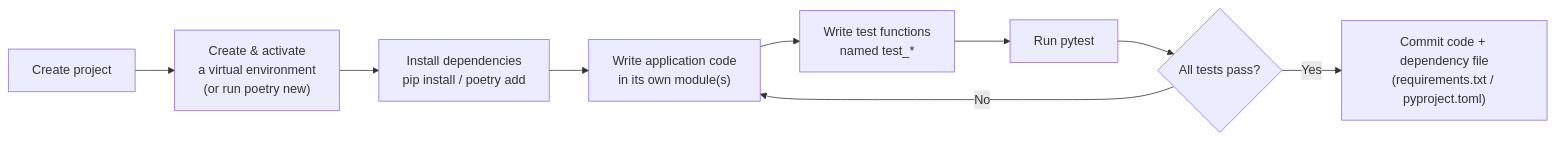
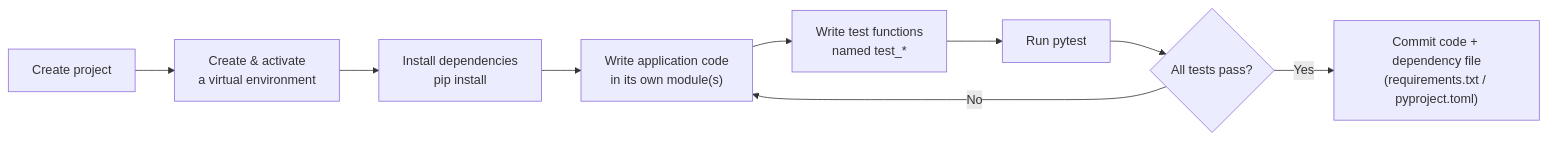
One commit to VishnuKumpati/Python-foundations changed the second of 2 diagrams in modules/p2-control-structures-functions-tooling/unit-2-5-modules-packaging-tooling.md. Above: the diagram before and after it, drawn with Mermaid. The commit also changed other lines of this file and 1 other file, not shown here.

Commit message:
Add navigation.json and remove Poetry references from unit 2.5

````diff
--- a/modules/p2-control-structures-functions-tooling/unit-2-5-modules-packaging-tooling.md
+++ b/modules/p2-control-structures-functions-tooling/unit-2-5-modules-packaging-tooling.md
@@ -127,11 +112,11 @@
 ```mermaid
 flowchart LR
-    S1["Create project"] --> S2["Create & activate\na virtual environment\n(or run poetry new)"]
-    S2 --> S3["Install dependencies\npip install / poetry add"]
+    S1["Create project"] --> S2["Create & activate\na virtual environment"]
+    S2 --> S3["Install dependencies\npip install"]
     S3 --> S4["Write application code\nin its own module(s)"]
     S4 --> S5["Write test functions\nnamed test_*"]
     S5 --> S6["Run pytest"]
     S6 --> S7{"All tests pass?"}
     S7 -->|Yes| S8["Commit code + dependency file\n(requirements.txt / pyproject.toml)"]
     S7 -->|No| S4
 ```
````
